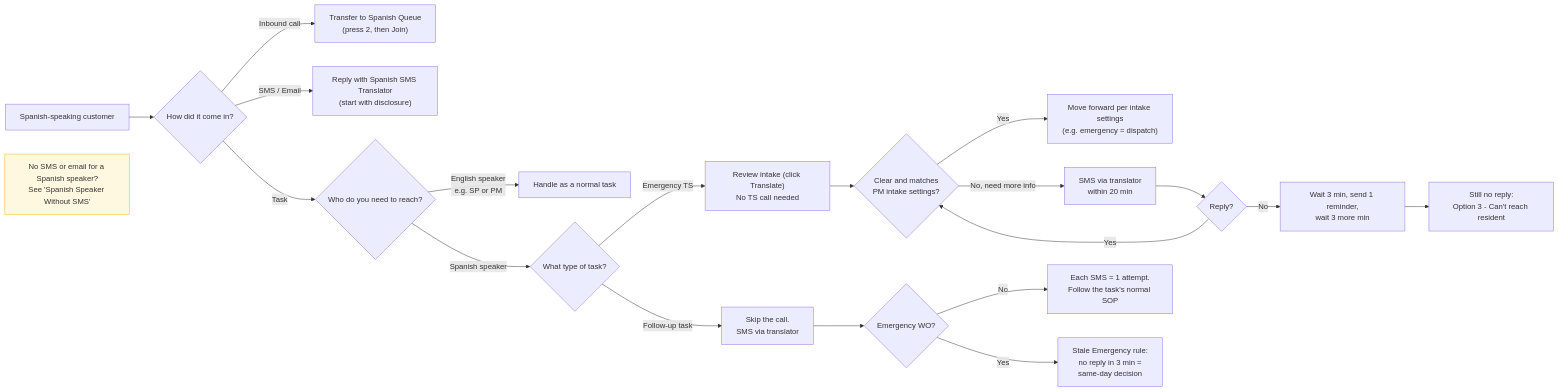
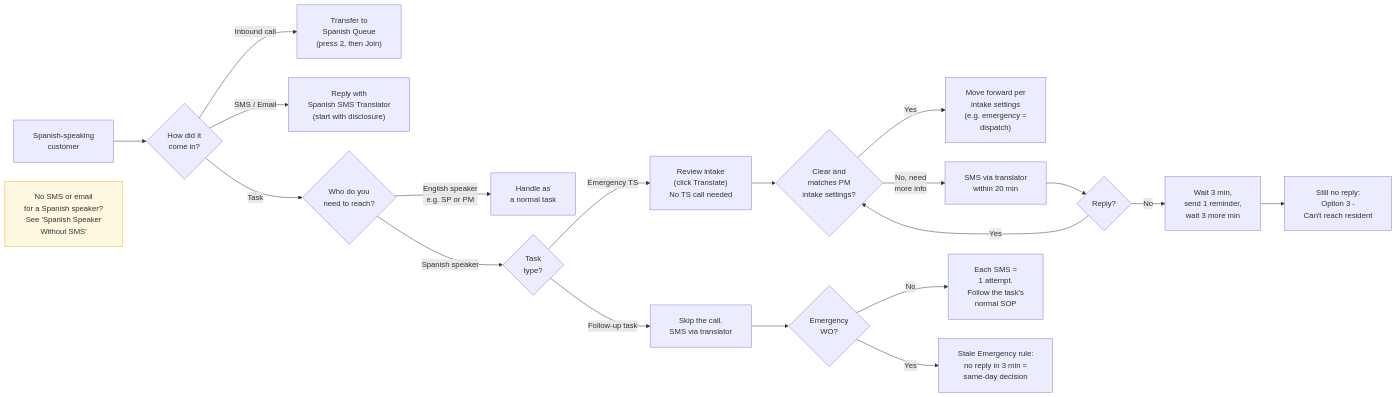
The diagram in latchel-admin/Service-Operations/Production-Documentation/How-to-Handle-Spanish-SMS-Emails-Calls.mdx (LatchelEngineering/mintlify), drawn with Mermaid before and after one commit.

Commit message:
Spanish SOP: add Quick Flow diagram
Mintlify-Source: dashboard-editor

````diff
--- a/latchel-admin/Service-Operations/Production-Documentation/How-to-Handle-Spanish-SMS-Emails-Calls.mdx
+++ b/latchel-admin/Service-Operations/Production-Documentation/How-to-Handle-Spanish-SMS-Emails-Calls.mdx
@@ -15,28 +15,29 @@
 ```mermaid
+%%{init: {"flowchart": {"padding": 20, "nodeSpacing": 40, "rankSpacing": 50}}}%%
 flowchart LR
-    A["Spanish-speaking customer"] --> B{"How did it come in?"}
+    A["Spanish-speaking<br/>customer"] --> B{"How did it<br/>come in?"}
 
-    B -->|Inbound call| C["Transfer to Spanish Queue<br/>(press 2, then Join)"]
-    B -->|SMS / Email| D["Reply with Spanish SMS Translator<br/>(start with disclosure)"]
-    B -->|Task| E{"Who do you need to reach?"}
+    B -->|Inbound call| C["Transfer to<br/>Spanish Queue<br/>(press 2, then Join)"]
+    B -->|SMS / Email| D["Reply with<br/>Spanish SMS Translator<br/>(start with disclosure)"]
+    B -->|Task| E{"Who do you<br/>need to reach?"}
 
-    E -->|English speaker<br/>e.g. SP or PM| F["Handle as a normal task"]
-    E -->|Spanish speaker| I{"What type of task?"}
+    E -->|English speaker<br/>e.g. SP or PM| F["Handle as<br/>a normal task"]
+    E -->|Spanish speaker| I{"Task<br/>type?"}
 
-    I -->|Emergency TS| J["Review intake (click Translate)<br/>No TS call needed"]
-    J --> K{"Clear and matches<br/>PM intake settings?"}
-    K -->|Yes| L["Move forward per intake settings<br/>(e.g. emergency = dispatch)"]
-    K -->|No, need more info| M["SMS via translator<br/>within 20 min"]
+    I -->|Emergency TS| J["Review intake<br/>(click Translate)<br/>No TS call needed"]
+    J --> K{"Clear and<br/>matches PM<br/>intake settings?"}
+    K -->|Yes| L["Move forward per<br/>intake settings<br/>(e.g. emergency =<br/>dispatch)"]
+    K -->|No, need<br/>more info| M["SMS via translator<br/>within 20 min"]
     M --> N{"Reply?"}
     N -->|Yes| K
-    N -->|No| O["Wait 3 min, send 1 reminder,<br/>wait 3 more min"]
-    O --> P["Still no reply:<br/>Option 3 - Can't reach resident"]
+    N -->|No| O["Wait 3 min,<br/>send 1 reminder,<br/>wait 3 more min"]
+    O --> P["Still no reply:<br/>Option 3 -<br/>Can't reach resident"]
 
     I -->|Follow-up task| Q["Skip the call.<br/>SMS via translator"]
-    Q --> R{"Emergency WO?"}
-    R -->|No| S["Each SMS = 1 attempt.<br/>Follow the task's normal SOP"]
+    Q --> R{"Emergency<br/>WO?"}
+    R -->|No| S["Each SMS =<br/>1 attempt.<br/>Follow the task's<br/>normal SOP"]
     R -->|Yes| T["Stale Emergency rule:<br/>no reply in 3 min =<br/>same-day decision"]
 
-    Z["No SMS or email for a Spanish speaker?<br/>See 'Spanish Speaker Without SMS'"]
+    Z["No SMS or email<br/>for a Spanish speaker?<br/>See 'Spanish Speaker<br/>Without SMS'"]
     style Z fill:#fff8e1,stroke:#f0b429
 ```
````
